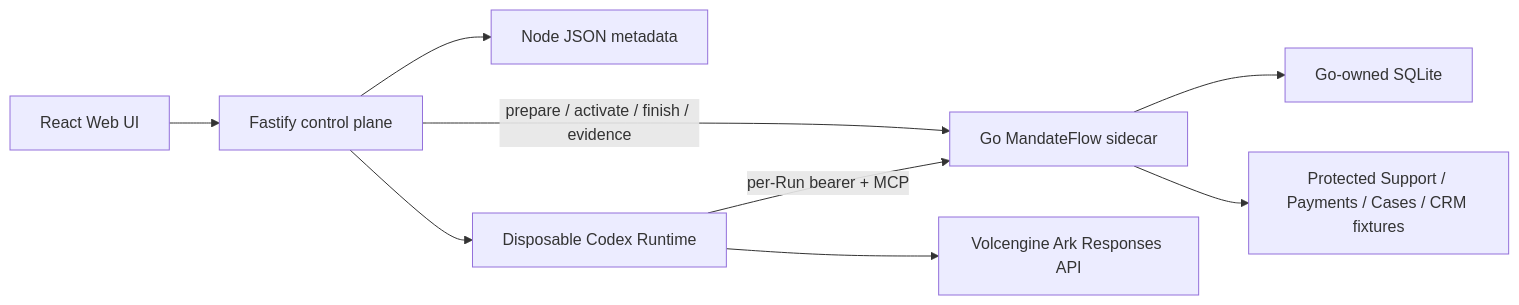
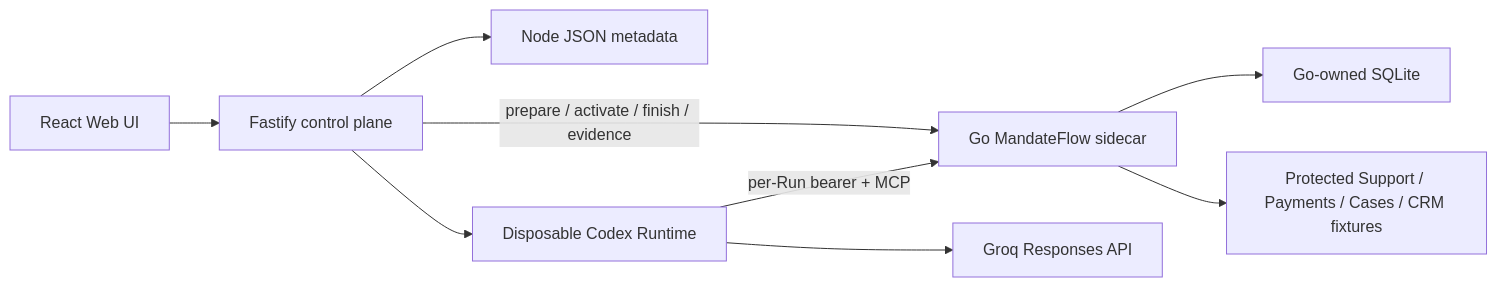
The diagram in CodeJam/README.md (tradaokamsa/MandateFlow), drawn with Mermaid before and after one commit. The commit also changed other lines of this file and 34 other files, not shown here.

First line of the commit message:
feat(groq): port CodeJam to Groq Responses API

````diff
--- a/CodeJam/README.md
+++ b/CodeJam/README.md
@@ -240,11 +238,11 @@
 ```mermaid
 flowchart LR
     UI["React Web UI"] --> API["Fastify control plane"]
     API --> NodeStore["Node JSON metadata"]
     API -->|prepare / activate / finish / evidence| Go["Go MandateFlow sidecar"]
     Go --> SQLite["Go-owned SQLite"]
     API --> Container["Disposable Codex Runtime"]
     Container -->|per-Run bearer + MCP| Go
-    Container --> Ark["Volcengine Ark Responses API"]
+    Container --> Groq["Groq Responses API"]
     Go --> Fixtures["Protected Support / Payments / Cases / CRM fixtures"]
 ```
````
